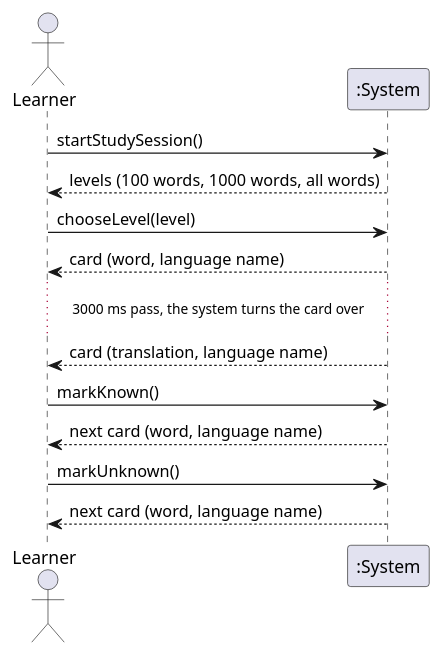
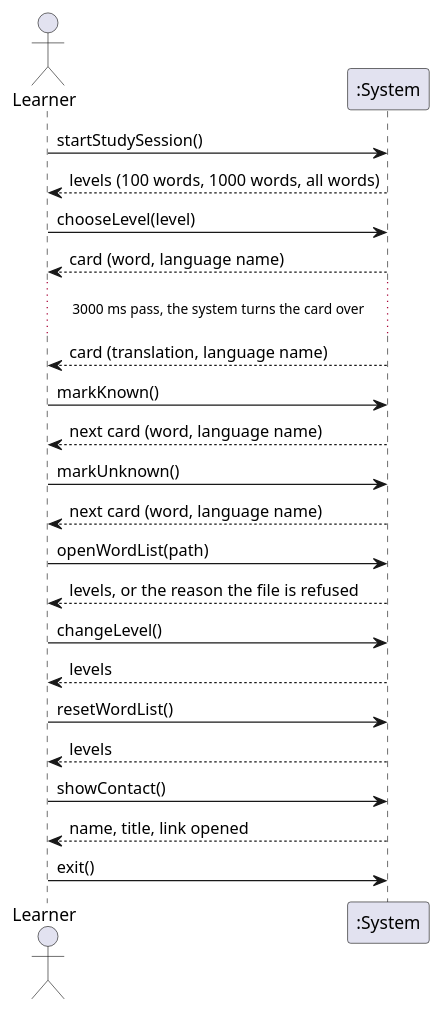
Before and after one commit to Tirsvad-Udemy-100-days-of-code/031-flash-card: the diagram in docs/uc-001/ssd.md, drawn with PlantUML. The commit also changed other lines of this file and 22 other files, not shown here.

````diff
--- a/docs/uc-001/ssd.md
+++ b/docs/uc-001/ssd.md
@@ -25,16 +25,25 @@
 ```plantuml
 @startuml
 actor Learner as L
 participant ":System" as S
 L -> S : startStudySession()
 S --> L : levels (100 words, 1000 words, all words)
 L -> S : chooseLevel(level)
 S --> L : card (word, language name)
 ... 3000 ms pass, the system turns the card over ...
 S --> L : card (translation, language name)
 L -> S : markKnown()
 S --> L : next card (word, language name)
 L -> S : markUnknown()
 S --> L : next card (word, language name)
+L -> S : openWordList(path)
+S --> L : levels, or the reason the file is refused
+L -> S : changeLevel()
+S --> L : levels
+L -> S : resetWordList()
+S --> L : levels
+L -> S : showContact()
+S --> L : name, title, link opened
+L -> S : exit()
 @enduml
 ```
````
